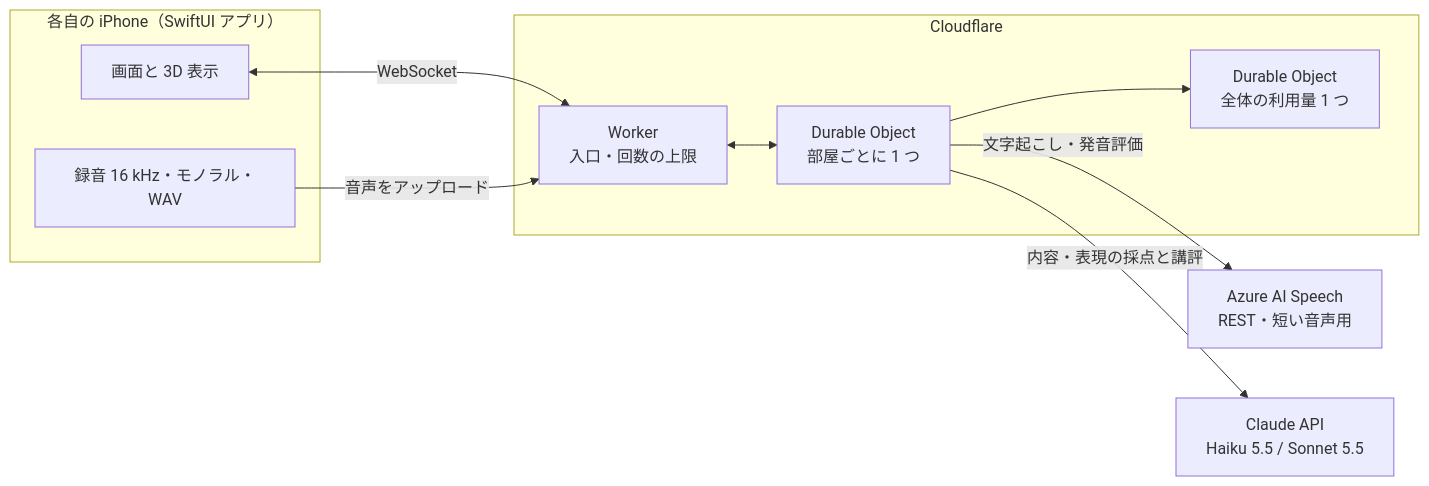
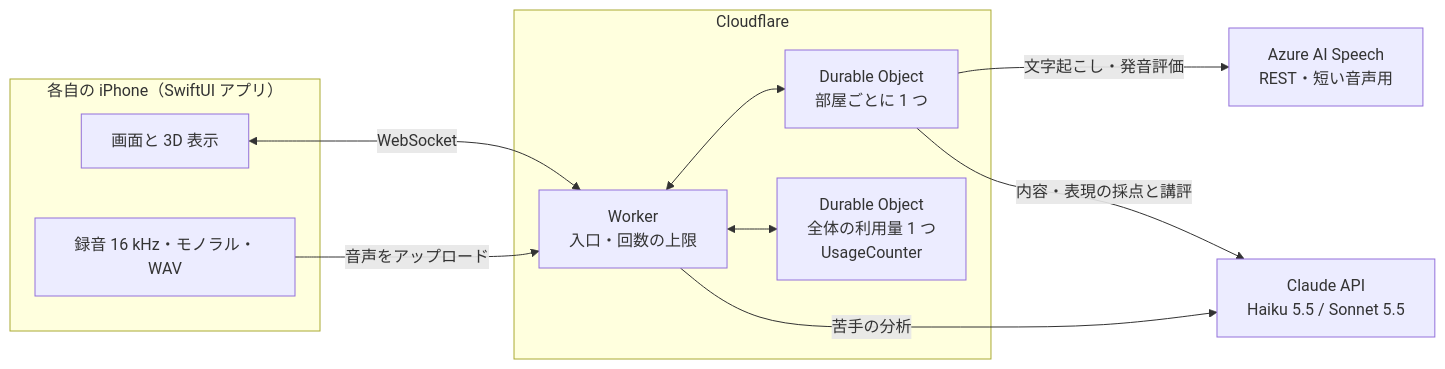
The first of 2 diagrams in docs/design/architecture.md (jphacks/ng_2622), drawn with Mermaid before and after one commit. The commit also changed other lines of this file and 3 other files, not shown here.

````diff
--- a/docs/design/architecture.md
+++ b/docs/design/architecture.md
@@ -7,20 +7,21 @@
 ```mermaid
 flowchart LR
   subgraph iPhone[各自の iPhone（SwiftUI アプリ）]
     UI[画面と 3D 表示]
     Rec[録音 16 kHz・モノラル・WAV]
   end
   subgraph CF[Cloudflare]
     W[Worker<br>入口・回数の上限]
     R[Durable Object<br>部屋ごとに 1 つ]
-    G[Durable Object<br>全体の利用量 1 つ]
+    G[Durable Object<br>全体の利用量 1 つ<br>UsageCounter]
   end
   Az[Azure AI Speech<br>REST・短い音声用]
   Cl[Claude API<br>Haiku 5.5 / Sonnet 5.5]
   UI <-->|WebSocket| W
   Rec -->|音声をアップロード| W
   W <--> R
-  R --> G
+  W <--> G
+  W -->|苦手の分析| Cl
   R -->|文字起こし・発音評価| Az
   R -->|内容・表現の採点と講評| Cl
 ```
````
